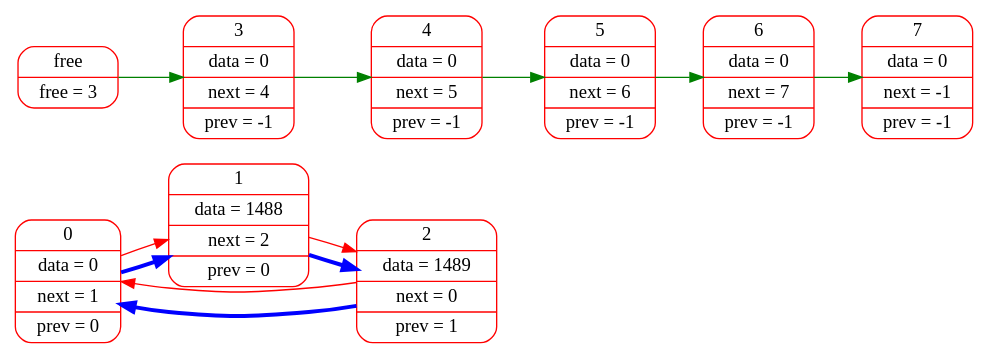
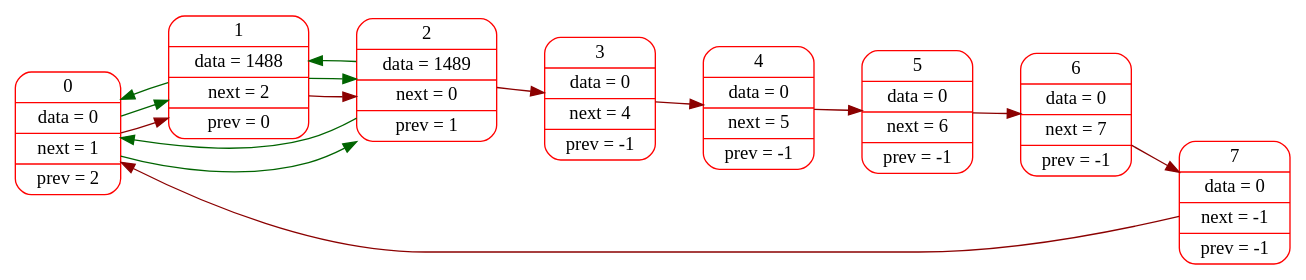
The diagram in logs/dot_files/002.dot (sevaphasol/list), drawn with Graphviz before and after one commit. The commit also changed 19 other files, not shown here.

Commit message:
fixed graphviz next and prev, variant with weights

```diff
--- a/logs/dot_files/002.dot
+++ b/logs/dot_files/002.dot
@@ -1,18 +1,18 @@
 digraph G{
 rankdir=LR;
 node[color="red",fontsize=14];
-edge[color="blue",fontsize=12, penwidth=3];
-elem0[shape="Mrecord", label="0 | data = 0 | next = 1 | prev = 0"];
+elem0[shape="Mrecord", label="0 | data = 0 | next = 1 | prev = 2"];
 elem1[shape="Mrecord", label="1 | data = 1488 | next = 2 | prev = 0"];
 elem2[shape="Mrecord", label="2 | data = 1489 | next = 0 | prev = 1"];
-elem0->elem1->elem2->elem0;
-edge[color="red",fontsize=12, penwidth=1];
-elem0->elem1->elem2->elem0;edge[color="green",fontsize=12, penwidth=1];
-free[shape="Mrecord", label="free | free = 3"];
 elem3[shape="Mrecord", label="3 | data = 0 | next = 4 | prev = -1"];
 elem4[shape="Mrecord", label="4 | data = 0 | next = 5 | prev = -1"];
 elem5[shape="Mrecord", label="5 | data = 0 | next = 6 | prev = -1"];
 elem6[shape="Mrecord", label="6 | data = 0 | next = 7 | prev = -1"];
 elem7[shape="Mrecord", label="7 | data = 0 | next = -1 | prev = -1"];
-free->elem3->elem4->elem5->elem6->elem7;
+edge[color="darkred",fontsize=12, penwidth=1, weight=1000];
+elem0->elem1->elem2->elem3->elem4->elem5->elem6->elem7->elem0;
+edge[color="darkgreen",fontsize=12, penwidth=1];
+elem0->elem1->elem2->elem0;
+edge[color="darkgreen",fontsize=12, penwidth=1];
+elem0->elem2->elem1->elem0;
 }
```
